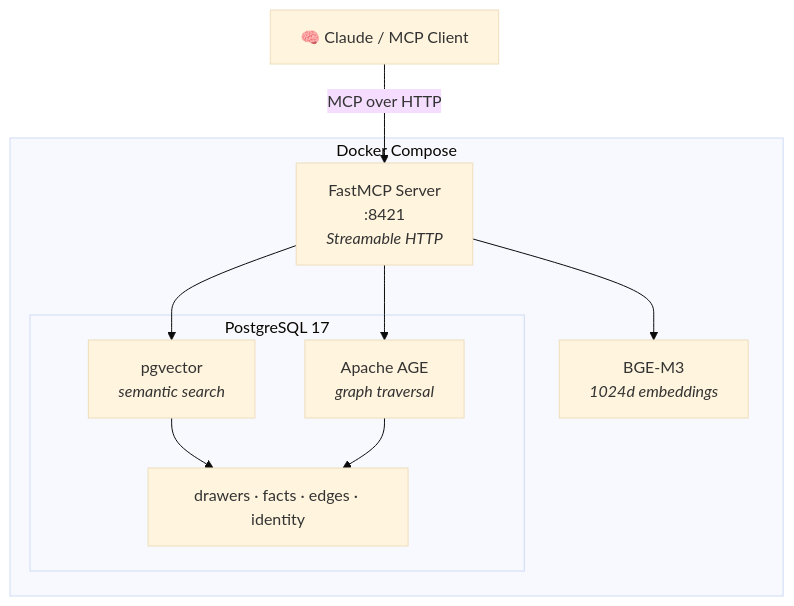
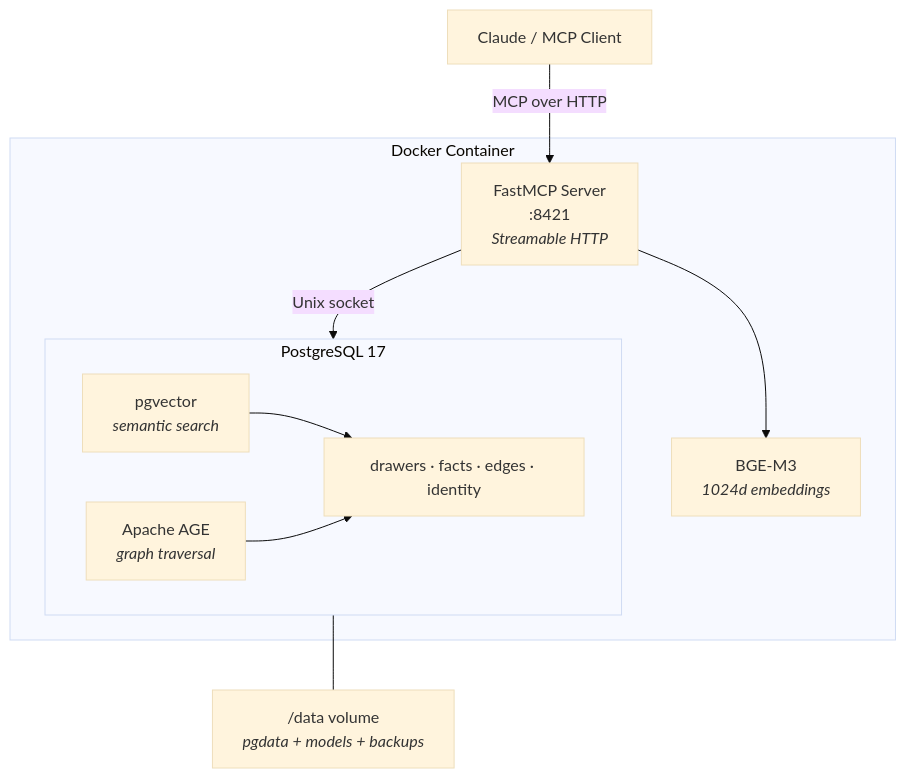
One commit to ufelmann/HiveMem changed the diagram in README.md. Above: the diagram before and after it, drawn with Mermaid (base theme). The commit also changed other lines of this file, not shown here.

Commit message:
docs: update README for single-container deployment

````diff
--- a/README.md
+++ b/README.md
@@ -126,22 +116,24 @@
 ```mermaid
 graph TB
-    Client["🧠 Claude / MCP Client"]
+    Client["Claude / MCP Client"]
 
-    subgraph Docker Compose
+    subgraph Container["Docker Container"]
         MCP["FastMCP Server<br/>:8421<br/><i>Streamable HTTP</i>"]
         BGE["BGE-M3<br/><i>1024d embeddings</i>"]
 
-        subgraph PostgreSQL 17
+        subgraph PG["PostgreSQL 17"]
             pgvector["pgvector<br/><i>semantic search</i>"]
             AGE["Apache AGE<br/><i>graph traversal</i>"]
             Tables["drawers · facts · edges · identity"]
         end
     end
 
+    Volume["/data volume<br/><i>pgdata + models + backups</i>"]
+
     Client -->|"MCP over HTTP"| MCP
     MCP --> BGE
-    MCP --> pgvector
-    MCP --> AGE
+    MCP -->|"Unix socket"| PG
     pgvector --> Tables
     AGE --> Tables
+    PG --- Volume
 ```
````
